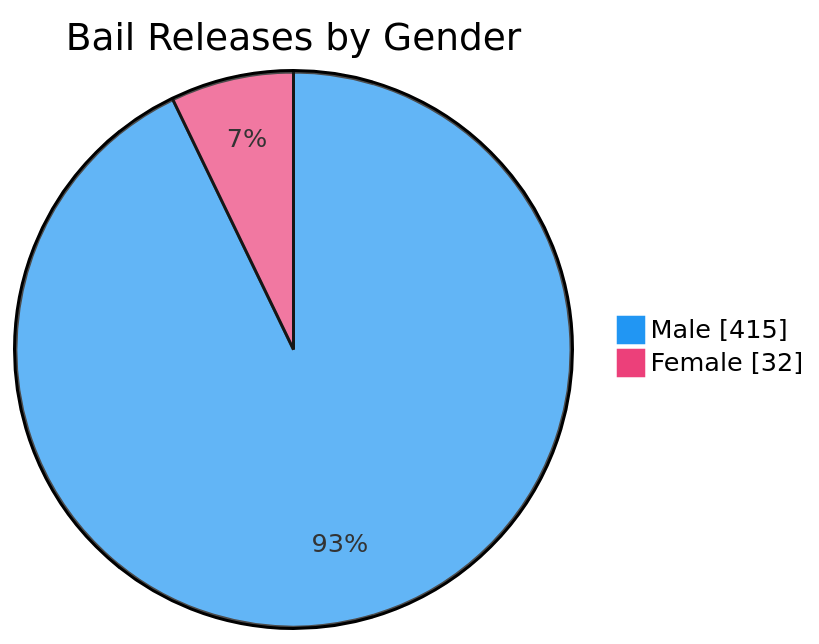
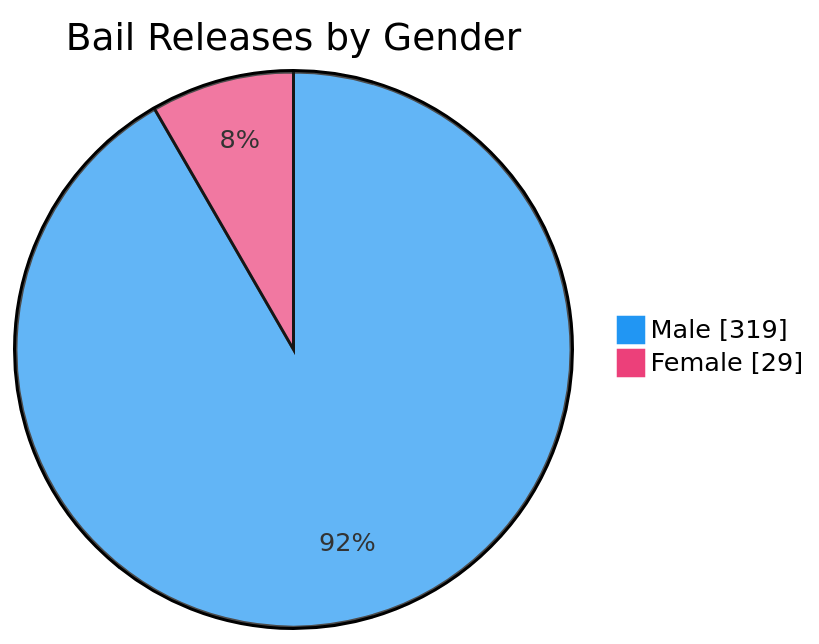
Before and after one commit to nuuuwan/lk_prisons: the seventh of 7 diagrams in README.md, drawn with Mermaid. The commit also changed other lines of this file and 1 other file, not shown here.

````diff
--- a/README.md
+++ b/README.md
@@ -109,6 +109,6 @@
 ```mermaid
 %%{init: {'themeVariables': {'pie1': '#2196F3', 'pie2': '#EC407A'}}}%%
 pie showData title Bail Releases by Gender
-    "Male" : 415
-    "Female" : 32
+    "Male" : 319
+    "Female" : 29
 ```
````
